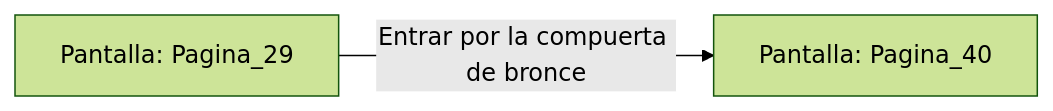
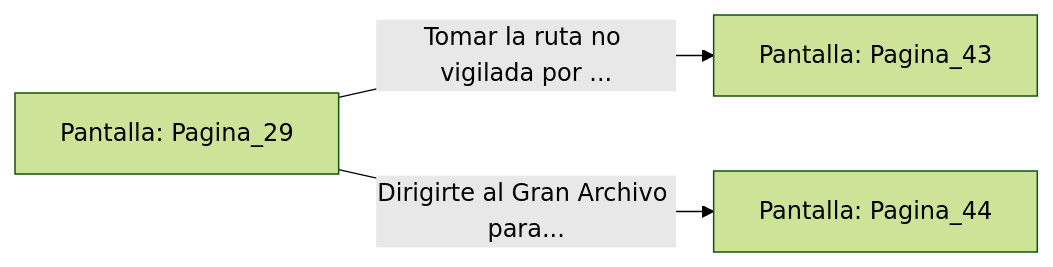
The diagram in sample/eligejuego-vault/Pantalla_Pagina_29.md (metsuke/mpl), drawn with Mermaid (forest theme) before and after one commit. The commit also changed other lines of this file and 635 other files, not shown here.

First line of the commit message:
fix: añadir Pagina_1 como pantalla inicial en capitulo_01.mpl

````diff
--- a/sample/eligejuego-vault/Pantalla_Pagina_29.md
+++ b/sample/eligejuego-vault/Pantalla_Pagina_29.md
@@ -14,5 +24,6 @@
 ```mermaid
 graph LR
     P_Pagina_29["Pantalla: Pagina_29"]
-    P_Pagina_29 -->|"Entrar por la compuerta de bronce"| P_Pagina_40["Pantalla: Pagina_40"]
+    P_Pagina_29 -->|"Tomar la ruta no vigilada por ..."| P_Pagina_43["Pantalla: Pagina_43"]
+    P_Pagina_29 -->|"Dirigirte al Gran Archivo para..."| P_Pagina_44["Pantalla: Pagina_44"]
 ```
````
